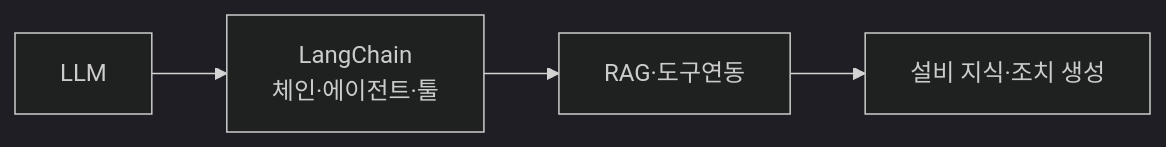
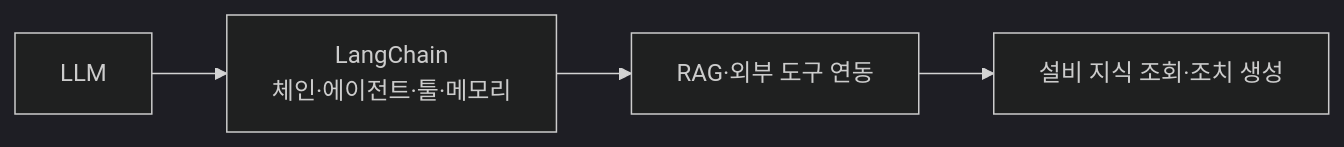
Before and after one commit to coninggu/wjdqhrhksflrltnftk: the diagram in content/langchain-predictive-maintenance.md, drawn with Mermaid (dark theme). The commit also changed other lines of this file and 6 other files, not shown here.

````diff
--- a/content/langchain-predictive-maintenance.md
+++ b/content/langchain-predictive-maintenance.md
@@ -16,6 +15,6 @@
 ```mermaid
 flowchart LR
-  L[LLM] --> LC[LangChain<br/>체인·에이전트·툴]
-  LC --> R[RAG·도구연동]
-  R --> A[설비 지식·조치 생성]
+  L[LLM] --> LC[LangChain<br/>체인·에이전트·툴·메모리]
+  LC --> R[RAG·외부 도구 연동]
+  R --> A[설비 지식 조회·조치 생성]
 ```
````
